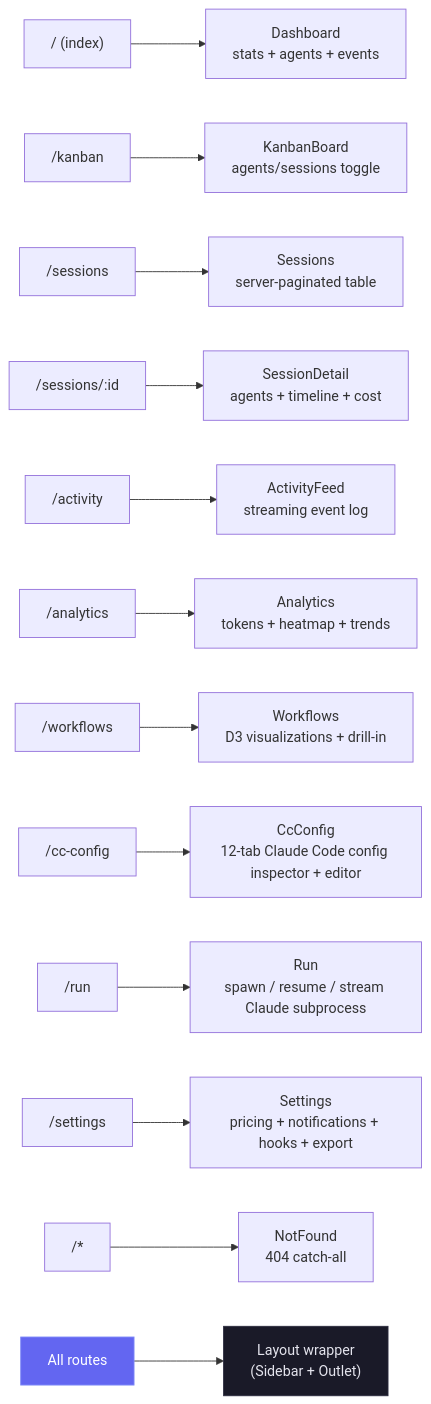
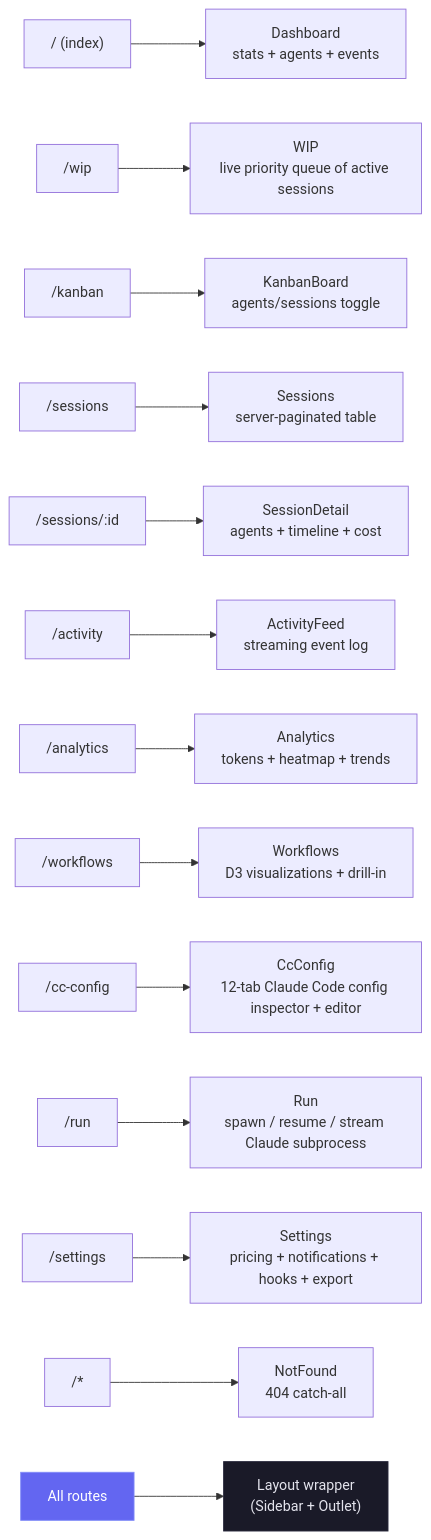
Before and after one commit to hoangsonww/Claude-Code-Agent-Monitor: diagram 18 of 23 in README.md, drawn with Mermaid. The commit also changed other lines of this file and 38 other files, not shown here.

First line of the commit message:
feat(wip): live priority-ranked work-in-progress queue page

````diff
--- a/README.md
+++ b/README.md
@@ -1972,19 +1973,20 @@
 ```mermaid
 graph LR
     ROOT["/ (index)"] --> DASH["Dashboard<br/>stats + agents + events"]
+    WIP["/wip"] --> WIPPAGE["WIP<br/>live priority queue of active sessions"]
     K["/kanban"] --> KANBAN["KanbanBoard<br/>agents/sessions toggle"]
     S["/sessions"] --> SESS["Sessions<br/>server-paginated table"]
     D["/sessions/:id"] --> DETAIL["SessionDetail<br/>agents + timeline + cost"]
     A["/activity"] --> ACT["ActivityFeed<br/>streaming event log"]
     AN["/analytics"] --> ANALYTICS["Analytics<br/>tokens + heatmap + trends"]
     WF["/workflows"] --> WORKFLOWS["Workflows<br/>D3 visualizations + drill-in"]
     CC["/cc-config"] --> CCCONFIG["CcConfig<br/>12-tab Claude Code config inspector + editor"]
     RUN["/run"] --> RUNPAGE["Run<br/>spawn / resume / stream Claude subprocess"]
     ST["/settings"] --> SETTINGS["Settings<br/>pricing + notifications + hooks + export"]
     NF["/*"] --> NOTFOUND["NotFound<br/>404 catch-all"]
 
     ALL["All routes"] --> LAYOUT["Layout wrapper<br/>(Sidebar + Outlet)"]
 
     style ALL fill:#6366f1,stroke:#818cf8,color:#fff
     style LAYOUT fill:#1a1a28,stroke:#2a2a3d,color:#e4e4ed
 ```
````
